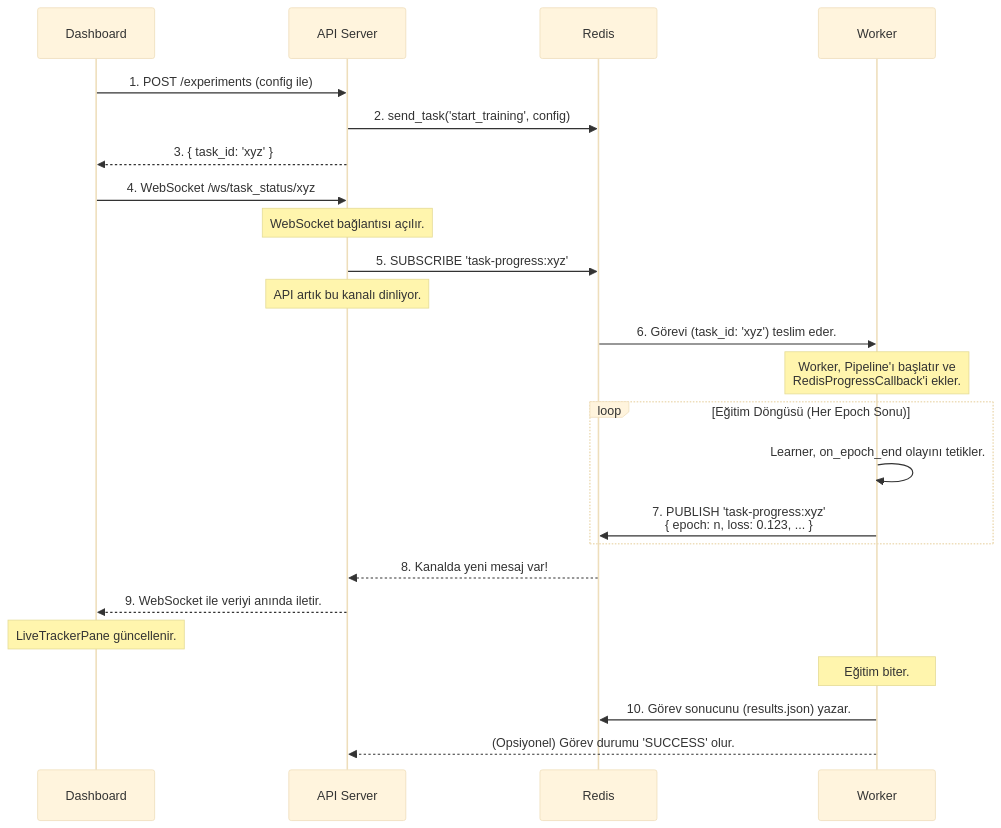
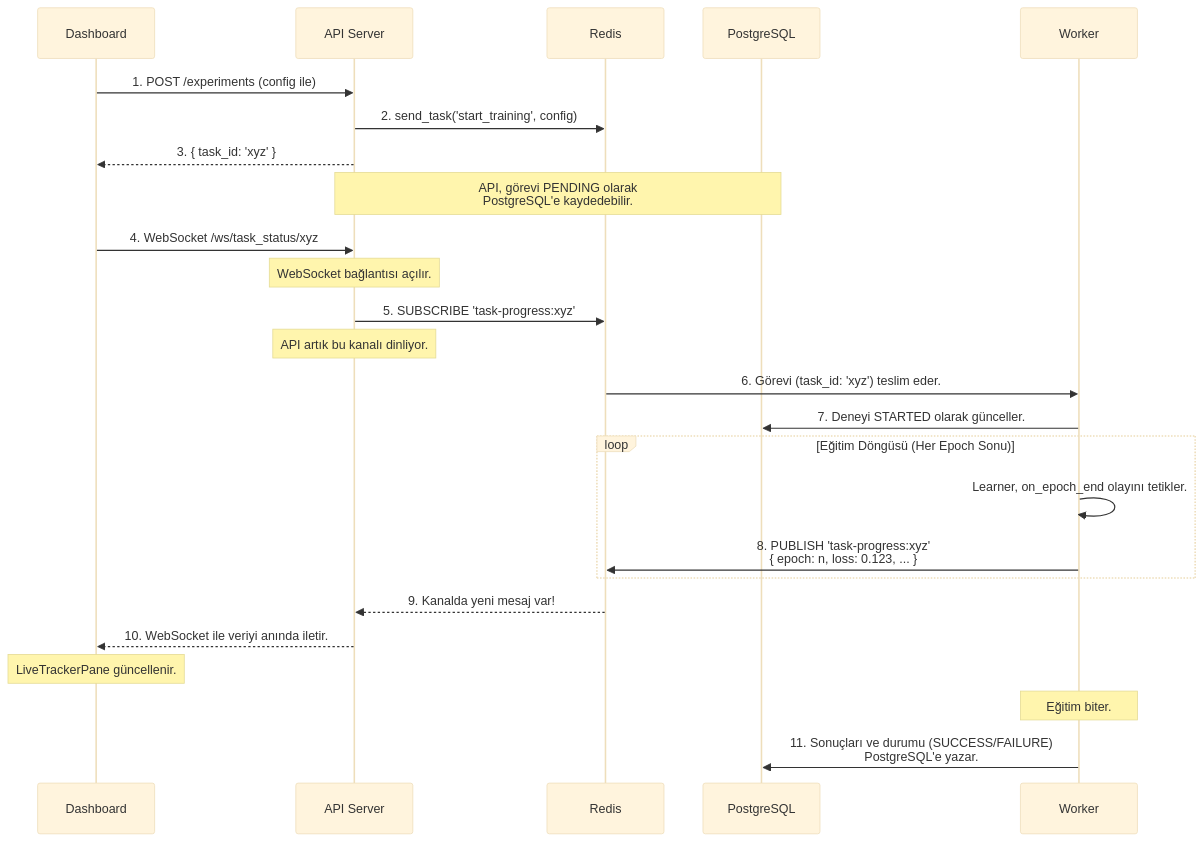
The diagram in docs/ARCHITECTURE.md (AzuraForge/platform), drawn with Mermaid (base theme) before and after one commit. The commit also changed other lines of this file and 8 other files, not shown here.

````diff
--- a/docs/ARCHITECTURE.md
+++ b/docs/ARCHITECTURE.md
@@ -35,32 +23,34 @@
 ```mermaid
 sequenceDiagram
     participant D as Dashboard
     participant A as API Server
     participant R as Redis
+    participant P as PostgreSQL
     participant W as Worker
 
     D->>A: 1. POST /experiments (config ile)
     A->>R: 2. send_task('start_training', config)
     A-->>D: 3. { task_id: 'xyz' }
+
+    Note over A, P: API, görevi PENDING olarak<br/>PostgreSQL'e kaydedebilir.
 
     D->>A: 4. WebSocket /ws/task_status/xyz
     Note over A: WebSocket bağlantısı açılır.
     A->>R: 5. SUBSCRIBE 'task-progress:xyz'
     Note over A: API artık bu kanalı dinliyor.
 
     R->>W: 6. Görevi (task_id: 'xyz') teslim eder.
-    Note over W: Worker, Pipeline'ı başlatır ve<br/>RedisProgressCallback'i ekler.
+    W->>P: 7. Deneyi STARTED olarak günceller.
     
     loop Eğitim Döngüsü (Her Epoch Sonu)
         W->>W: Learner, on_epoch_end olayını tetikler.
-        W->>R: 7. PUBLISH 'task-progress:xyz'<br/>{ epoch: n, loss: 0.123, ... }
+        W->>R: 8. PUBLISH 'task-progress:xyz'<br/>{ epoch: n, loss: 0.123, ... }
     end
 
-    R-->>A: 8. Kanalda yeni mesaj var!
-    A-->>D: 9. WebSocket ile veriyi anında iletir.
+    R-->>A: 9. Kanalda yeni mesaj var!
+    A-->>D: 10. WebSocket ile veriyi anında iletir.
     Note over D: LiveTrackerPane güncellenir.
     
     Note over W: Eğitim biter.
-    W->>R: 10. Görev sonucunu (results.json) yazar.
-    W-->>A: (Opsiyonel) Görev durumu 'SUCCESS' olur.
+    W->>P: 11. Sonuçları ve durumu (SUCCESS/FAILURE)<br/>PostgreSQL'e yazar.
 ```
````
